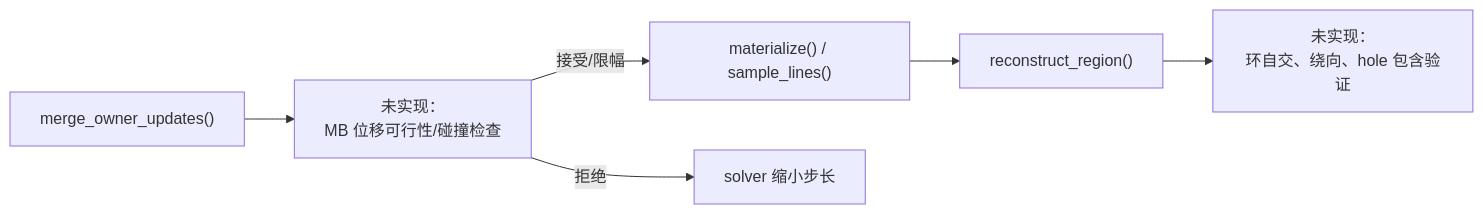
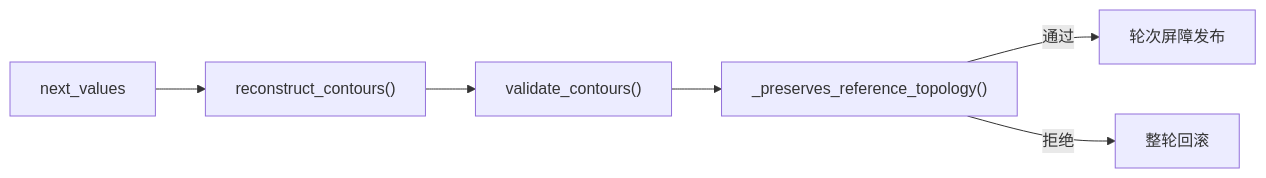
The sixth of 10 diagrams in doc/function_call_architecture.md (Eve429/MyOPC), drawn with Mermaid before and after one commit. The commit also changed other lines of this file and 15 other files, not shown here.

Commit message:
test(opc): harden topology and document full flow

````diff
--- a/doc/function_call_architecture.md
+++ b/doc/function_call_architecture.md
@@ -287,8 +296,8 @@
 ```mermaid
 flowchart LR
-    MERGE["merge_owner_updates()"] --> GUARD["未实现：<br/>MB 位移可行性/碰撞检查"]
-    GUARD -->|"接受/限幅"| MATERIALIZE["materialize() / sample_lines()"]
-    GUARD -->|"拒绝"| SOLVER["solver 缩小步长"]
-    MATERIALIZE --> RECONSTRUCT["reconstruct_region()"]
-    RECONSTRUCT --> POST_GUARD["未实现：<br/>环自交、绕向、hole 包含验证"]
+    NEXT["next_values"] --> RECONSTRUCT["reconstruct_contours()"]
+    RECONSTRUCT --> STRUCT["validate_contours()"]
+    STRUCT --> TOPO["_preserves_reference_topology()"]
+    TOPO -->|"通过"| PUBLISH["轮次屏障发布"]
+    TOPO -->|"拒绝"| ROLLBACK["整轮回滚"]
 ```
````
